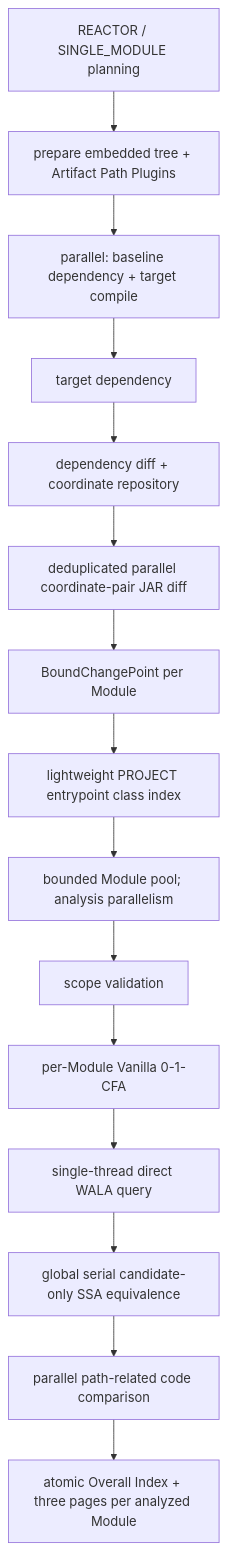
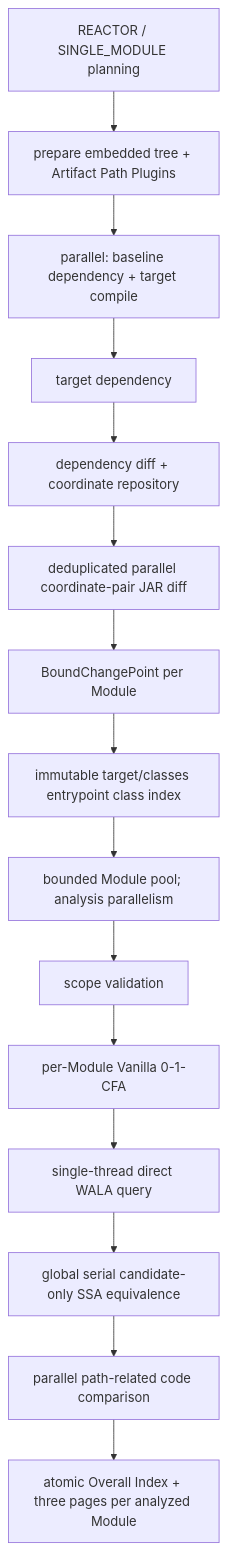
The diagram in wiki/architecture/dependency-analysis-pipelines.md (ymyii/change-impact-analyze), drawn with Mermaid before and after one commit. The commit also changed other lines of this file and 18 other files, not shown here.

````diff
--- a/wiki/architecture/dependency-analysis-pipelines.md
+++ b/wiki/architecture/dependency-analysis-pipelines.md
@@ -32,17 +32,17 @@
 ```mermaid
 flowchart TD
   Scope["REACTOR / SINGLE_MODULE planning"] --> Plugin["prepare embedded tree + Artifact Path Plugins"]
   Plugin --> Front
   Front["parallel: baseline dependency + target compile"] --> TargetDep["target dependency"]
   TargetDep --> DepDiff["dependency diff + coordinate repository"]
   DepDiff --> JarDiff["deduplicated parallel coordinate-pair JAR diff"]
   JarDiff --> Bind["BoundChangePoint per Module"]
-  Bind --> EntrySelection["lightweight PROJECT entrypoint class index"]
+  Bind --> EntrySelection["immutable target/classes entrypoint class index"]
   EntrySelection --> ModulePool["bounded Module pool; analysis parallelism"]
   ModulePool --> ScopeValidation["scope validation"]
   ScopeValidation --> CFA["per-Module Vanilla 0-1-CFA"]
   CFA --> Query["single-thread direct WALA query"]
   Query --> SSA["global serial candidate-only SSA equivalence"]
   SSA --> Decompile["parallel path-related code comparison"]
   Decompile --> Report["atomic Overall Index + three pages per analyzed Module"]
 ```
````
